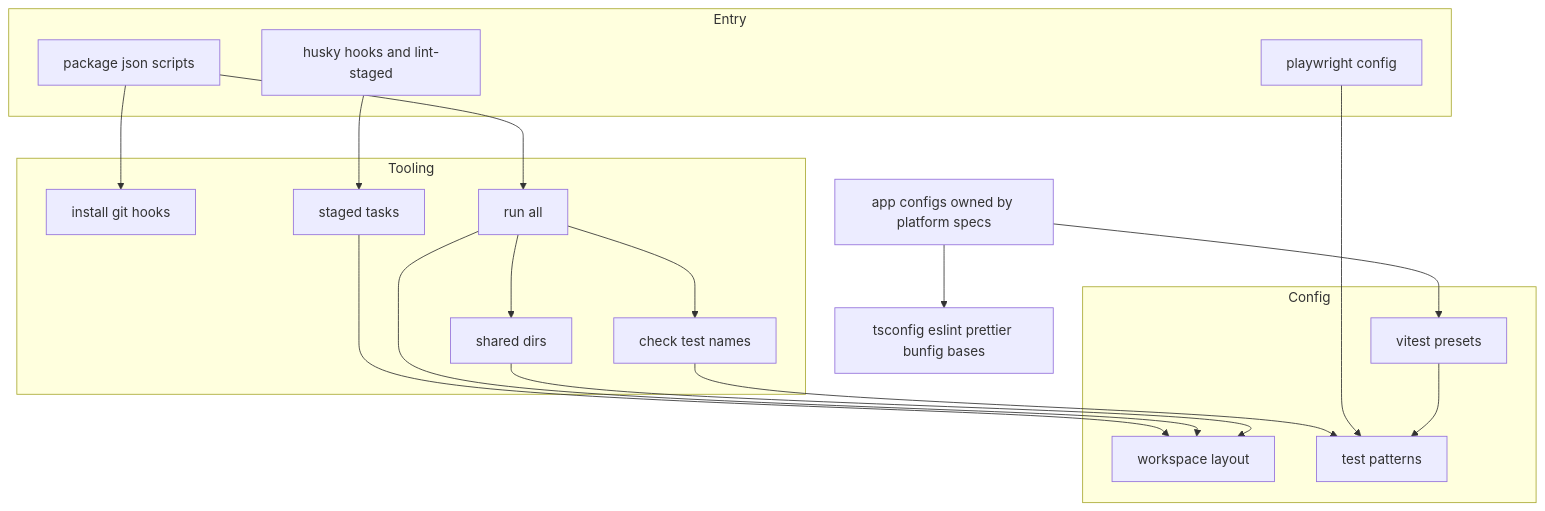
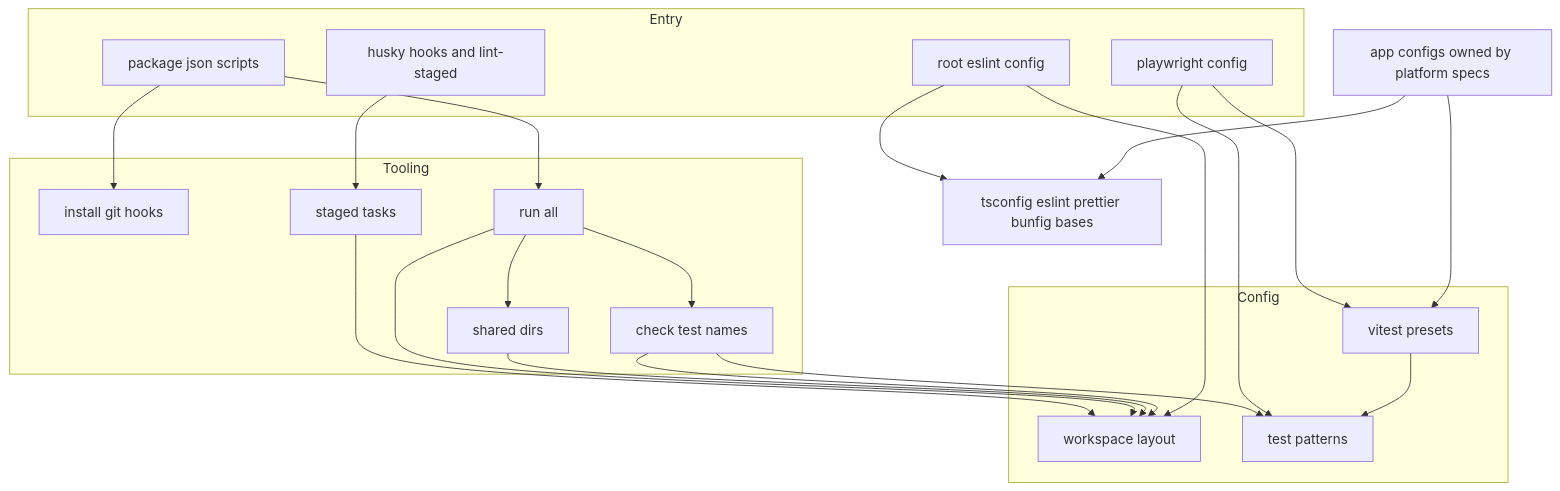
Before and after one commit to kurachiweb/genai-example-2-launch-platform: the first of 4 diagrams in .kiro/specs/dev-tooling/design.md, drawn with Mermaid. The commit also changed other lines of this file and 15 other files, not shown here.

````diff
--- a/.kiro/specs/dev-tooling/design.md
+++ b/.kiro/specs/dev-tooling/design.md
@@ -77,35 +77,40 @@
 ```mermaid
 graph TB
     subgraph Entry
         PkgScripts[package json scripts]
         Hooks[husky hooks and lint-staged]
         PlaywrightCfg[playwright config]
+        RootLintCfg[root eslint config]
     end
     subgraph Tooling
         HookInstaller[install git hooks]
         StagedPlanner[staged tasks]
         Aggregate[run all]
         SharedDirs[shared dirs]
         NameChecker[check test names]
     end
     subgraph Config
         Layout[workspace layout]
         Patterns[test patterns]
         VitestPresets[vitest presets]
     end
     Bases[tsconfig eslint prettier bunfig bases]
     Apps[app configs owned by platform specs]
     PkgScripts --> HookInstaller
     PkgScripts --> Aggregate
     Hooks --> StagedPlanner
     Aggregate --> SharedDirs
     Aggregate --> NameChecker
     StagedPlanner --> Layout
     Aggregate --> Layout
     SharedDirs --> Layout
+    NameChecker --> Layout
     NameChecker --> Patterns
     PlaywrightCfg --> Patterns
+    PlaywrightCfg --> VitestPresets
+    RootLintCfg --> Layout
+    RootLintCfg --> Bases
     VitestPresets --> Patterns
     Apps --> Bases
     Apps --> VitestPresets
 ```
````
